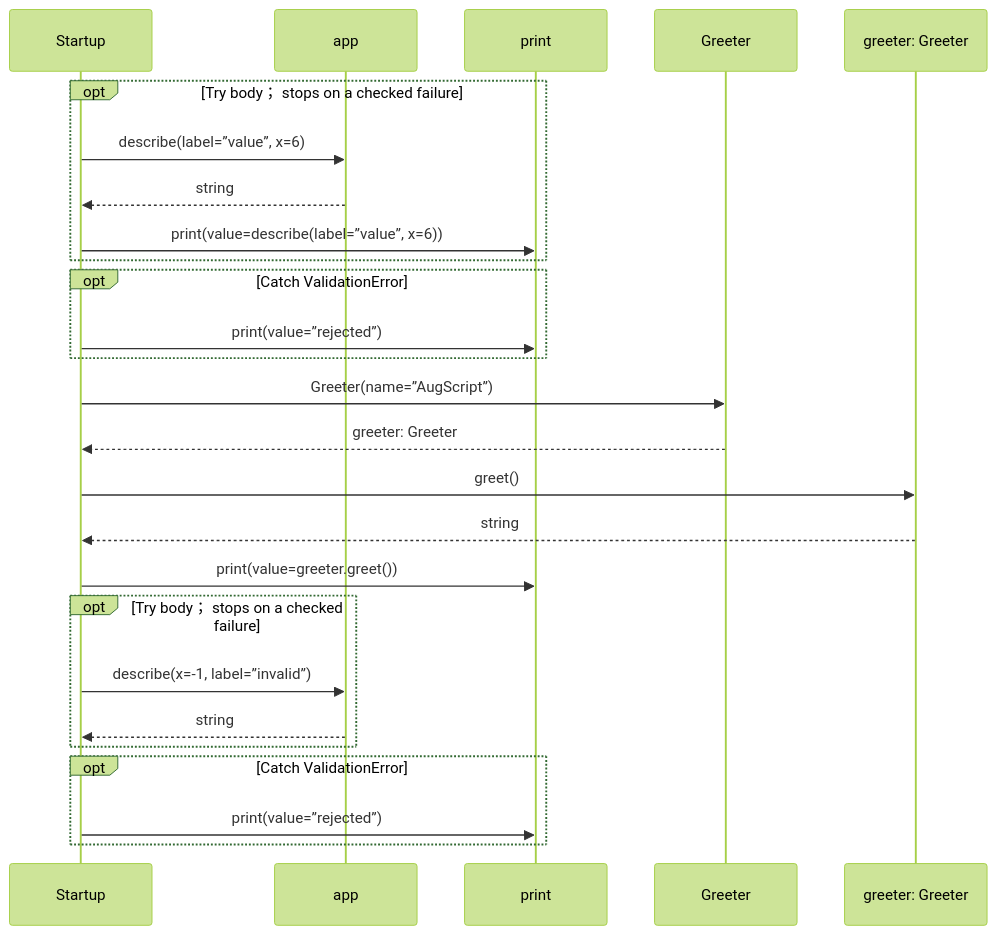
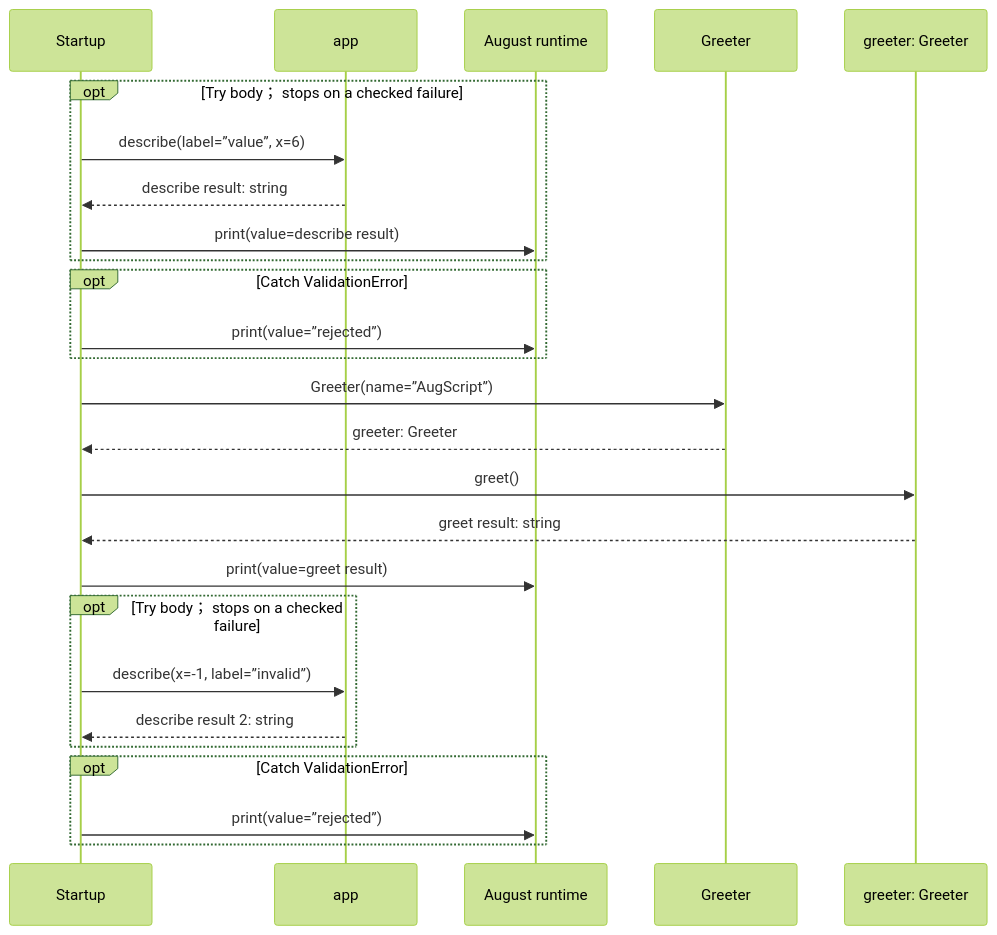
Before and after one commit to GreenPandaStudios/augscript: the second of 2 diagrams in docs/examples/interceptors/main-diagrams.md, drawn with Mermaid (forest theme). The commit also changed other lines of this file and 304 other files, not shown here.

Commit message:
Make generated data-flow sequences concise and review every diagram

````diff
--- a/docs/examples/interceptors/main-diagrams.md
+++ b/docs/examples/interceptors/main-diagrams.md
@@ -53,28 +38,28 @@
 ```mermaid
 sequenceDiagram
     participant p0 as Startup
     participant p1 as app
-    participant p2 as print
+    participant p2 as August runtime
     participant p3 as Greeter
     participant p4 as greeter: Greeter
     opt Try body； stops on a checked failure
     p0->>p1: describe(label=”value”, x=6)
-    p1-->>p0: string
-    p0->>p2: print(value=describe(label=”value”, x=6))
+    p1-->>p0: describe result: string
+    p0->>p2: print(value=describe result)
     end
     opt Catch ValidationError
     p0->>p2: print(value=”rejected”)
     end
     p0->>p3: Greeter(name=”AugScript”)
     p3-->>p0: greeter: Greeter
     p0->>p4: greet()
-    p4-->>p0: string
-    p0->>p2: print(value=greeter.greet())
+    p4-->>p0: greet result: string
+    p0->>p2: print(value=greet result)
     opt Try body； stops on a checked failure
     p0->>p1: describe(x=-1, label=”invalid”)
-    p1-->>p0: string
+    p1-->>p0: describe result 2: string
     end
     opt Catch ValidationError
     p0->>p2: print(value=”rejected”)
     end
 ```
````
